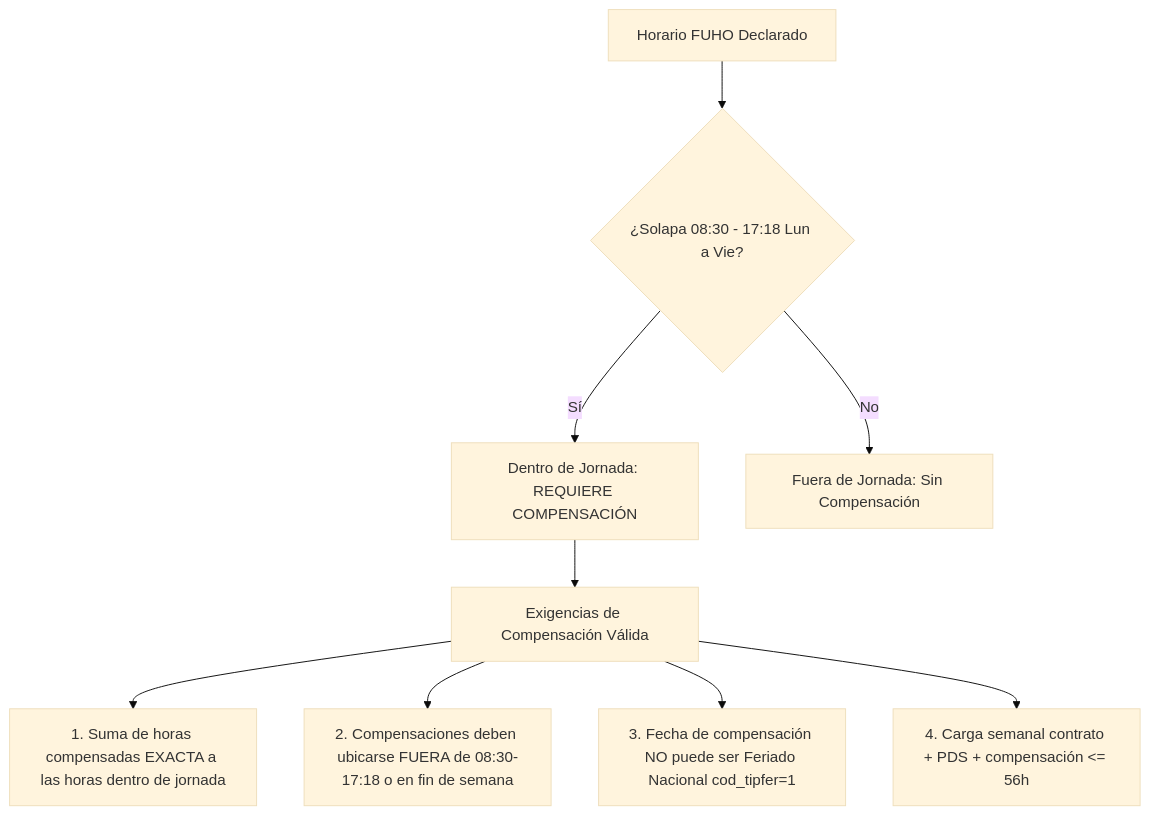
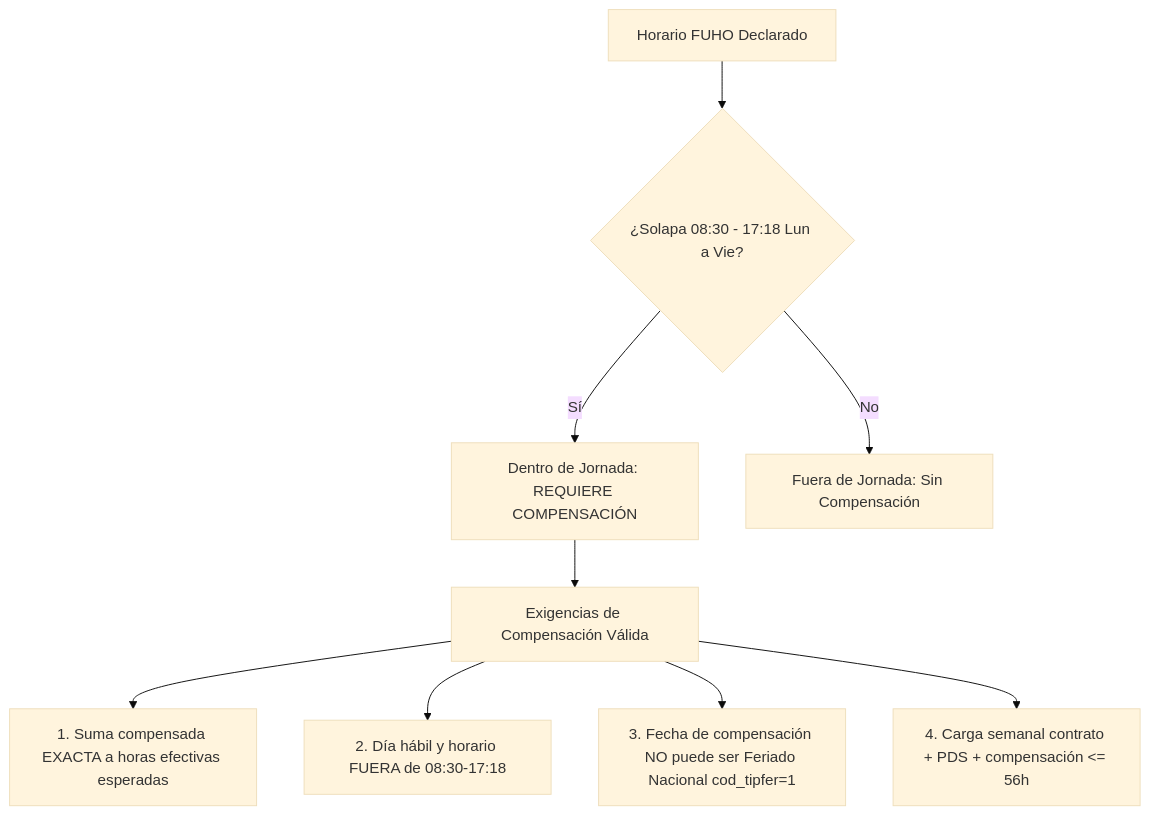
One commit to estebanlizama/template-du09 changed the second of 4 diagrams in cambios_pa_solicitud_wf/contexto_reglas_cambios_agregados/07_DEPENDENCIAS_DATOS_VALIDACIONES_Y_ROLES_WORKFLOW.md. Above: the diagram before and after it, drawn with Mermaid (base theme). The commit also changed other lines of this file and 13 other files, not shown here.

````diff
--- a/cambios_pa_solicitud_wf/contexto_reglas_cambios_agregados/07_DEPENDENCIAS_DATOS_VALIDACIONES_Y_ROLES_WORKFLOW.md
+++ b/cambios_pa_solicitud_wf/contexto_reglas_cambios_agregados/07_DEPENDENCIAS_DATOS_VALIDACIONES_Y_ROLES_WORKFLOW.md
@@ -76,12 +77,12 @@
 ```mermaid
 graph TD
     A[Horario FUHO Declarado] --> B{¿Solapa 08:30 - 17:18 Lun a Vie?}
     B -- Sí --> C[Dentro de Jornada: REQUIERE COMPENSACIÓN]
     B -- No --> D[Fuera de Jornada: Sin Compensación]
     
     C --> E[Exigencias de Compensación Válida]
-    E --> E1[1. Suma de horas compensadas EXACTA a las horas dentro de jornada]
-    E --> E2[2. Compensaciones deben ubicarse FUERA de 08:30-17:18 o en fin de semana]
+    E --> E1[1. Suma compensada EXACTA a horas efectivas esperadas]
+    E --> E2[2. Día hábil y horario FUERA de 08:30-17:18]
     E --> E3[3. Fecha de compensación NO puede ser Feriado Nacional cod_tipfer=1]
     E --> E4[4. Carga semanal contrato + PDS + compensación <= 56h]
 ```
````
